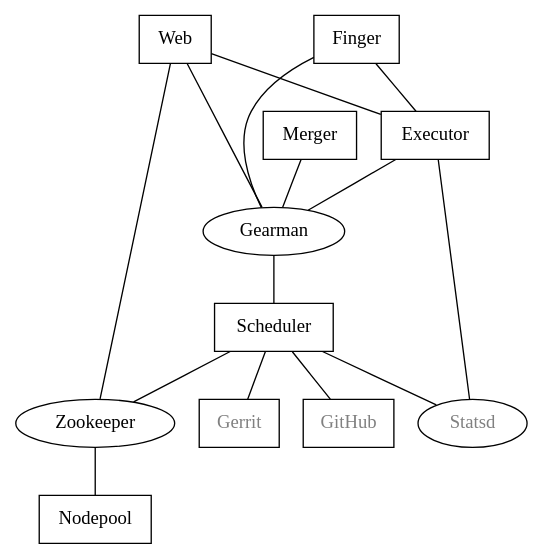
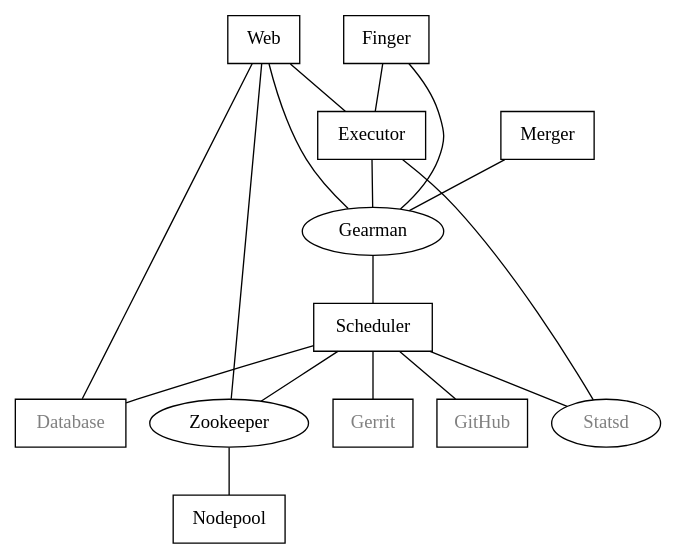
One commit to openstack-infra/zuul changed the diagram in doc/source/admin/components.rst. Above: the diagram before and after it, drawn with Graphviz. The commit also changed other lines of this file, not shown here.

First line of the commit message:
Add database info for components graph

```diff
--- a/doc/source/admin/components.rst
+++ b/doc/source/admin/components.rst
@@ -11,28 +11,31 @@
 .. graphviz::
    :align: center
 
    graph  {
       node [shape=box]
+      Database [fontcolor=grey]
       Gearman [shape=ellipse]
       Gerrit [fontcolor=grey]
       Statsd [shape=ellipse fontcolor=grey]
       Zookeeper [shape=ellipse]
       Nodepool
       GitHub [fontcolor=grey]
 
       Merger -- Gearman
       Executor -- Gearman
       Executor -- Statsd
+      Web -- Database
       Web -- Gearman
       Web -- Zookeeper
       Web -- Executor
       Finger -- Gearman
       Finger -- Executor
 
       Gearman -- Scheduler;
+      Scheduler -- Database;
       Scheduler -- Gerrit;
       Scheduler -- Zookeeper;
       Zookeeper -- Nodepool;
       Scheduler -- GitHub;
       Scheduler -- Statsd;
    }
```
